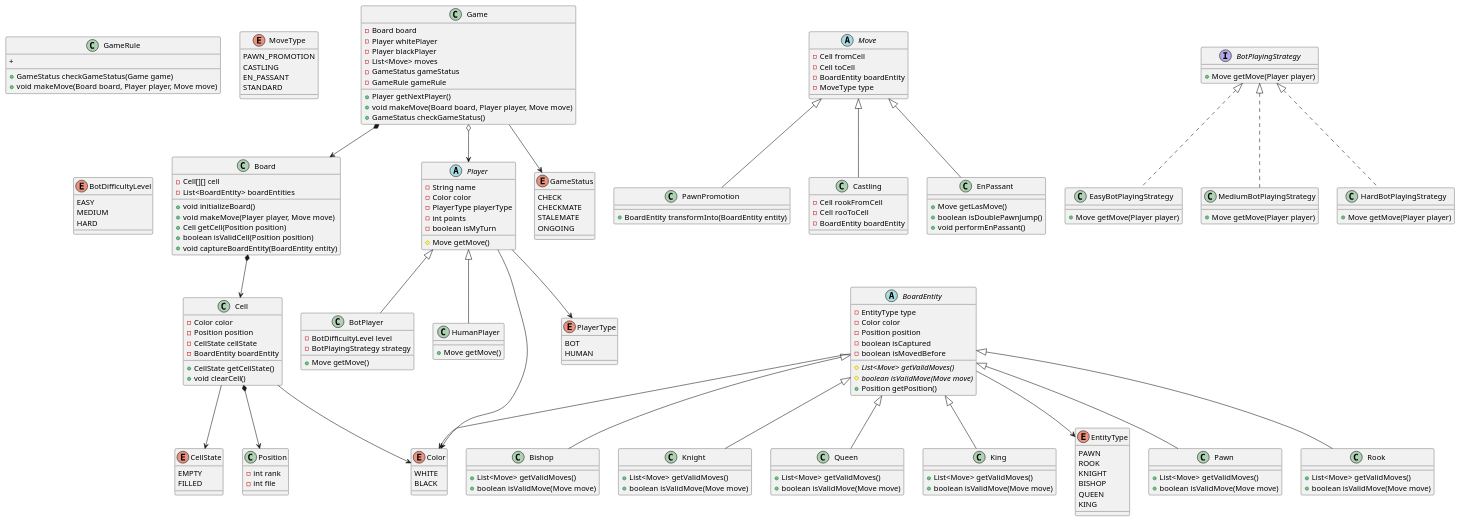
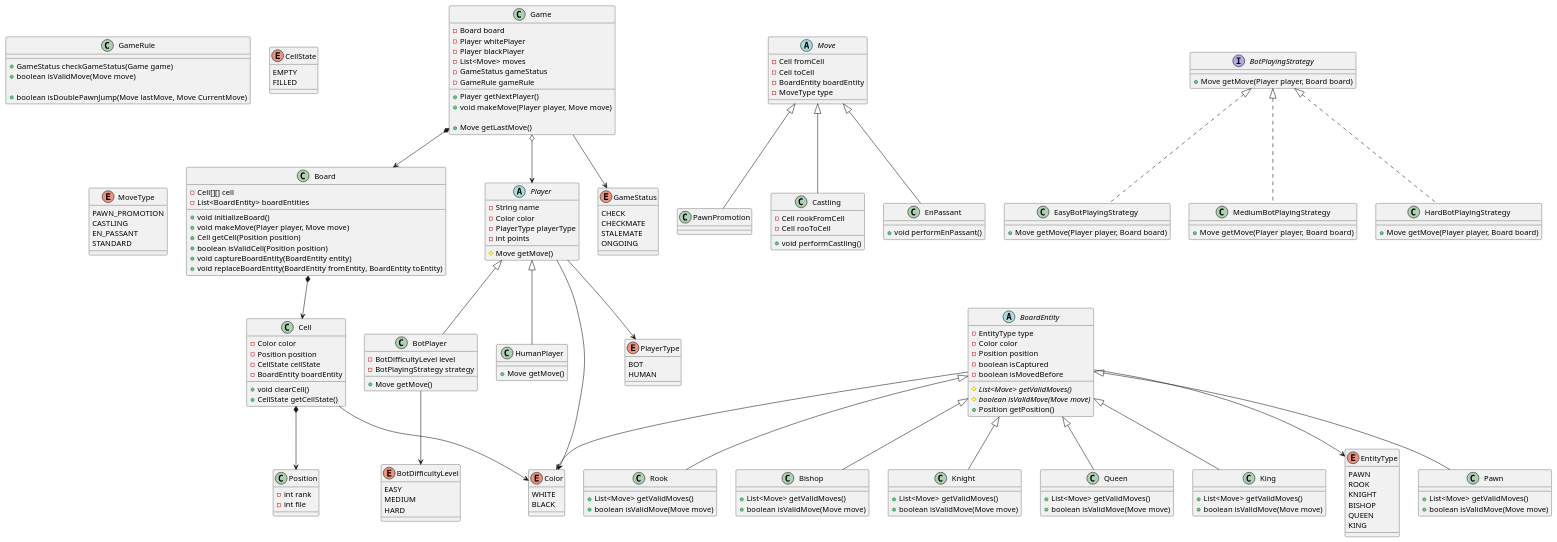
One commit to santhosht7/Chess changed the diagram in src/main/uml/Chess.puml. Above: the diagram before and after it, drawn with PlantUML.

Commit message:
Chess class Diagram updated changes

```diff
--- a/src/main/uml/Chess.puml
+++ b/src/main/uml/Chess.puml
@@ -9,8 +9,9 @@
     - GameRule gameRule
 
     + Player getNextPlayer()
-    + void makeMove(Board board, Player player, Move move)
-    + GameStatus checkGameStatus()
+    + void makeMove(Player player, Move move)
+
+    + Move getLastMove()
 }
 
 Game *--> Board
@@ -19,8 +20,9 @@
 
 class GameRule {
     + GameStatus checkGameStatus(Game game)
-    + void makeMove(Board board, Player player, Move move)
-    +
+    + boolean isValidMove(Move move)
+
+    + boolean isDoublePawnJump(Move lastMove, Move CurrentMove)
 }
 
 enum GameStatus {
@@ -40,6 +42,7 @@
     + Cell getCell(Position position)
     + boolean isValidCell(Position position)
     + void captureBoardEntity(BoardEntity entity)
+    + void replaceBoardEntity(BoardEntity fromEntity, BoardEntity toEntity)
 }
 Board *--> Cell
 
@@ -48,12 +51,11 @@
     - Position position
     - CellState cellState
     - BoardEntity boardEntity
+    + void clearCell()
     + CellState getCellState()
-    + void clearCell()
 }
 Cell --> Color
 Cell *--> Position
-Cell --> CellState
 
 enum CellState {
     EMPTY
@@ -122,7 +124,6 @@
     - Color color
     - PlayerType playerType
     - int points
-    - boolean isMyTurn
 
     # Move getMove()
 }
@@ -141,6 +142,8 @@
     + Move getMove()
 }
 
+BotPlayer --> BotDifficultyLevel
+
 class HumanPlayer extends Player {
     + Move getMove()
 }
@@ -158,18 +161,15 @@
 }
 
 class PawnPromotion extends Move {
-    + BoardEntity transformInto(BoardEntity entity)
 }
 
 class Castling extends Move {
     - Cell rookFromCell
     - Cell rooToCell
-    - BoardEntity boardEntity
+    + void performCastling()
 }
 
 class EnPassant extends Move {
-    + Move getLasMove()
-    + boolean isDoublePawnJump()
     + void performEnPassant()
 }
 
@@ -185,19 +185,19 @@
 }
 
 interface BotPlayingStrategy {
-    + Move getMove(Player player)
+    + Move getMove(Player player, Board board)
 }
 
 class EasyBotPlayingStrategy implements BotPlayingStrategy {
-    + Move getMove(Player player)
+    + Move getMove(Player player, Board board)
 }
 
 class MediumBotPlayingStrategy implements BotPlayingStrategy {
-    + Move getMove(Player player)
+    + Move getMove(Player player,  Board board)
 }
 
 class HardBotPlayingStrategy implements BotPlayingStrategy {
-    + Move getMove(Player player)
+    + Move getMove(Player player, Board board)
 }
 
 @enduml
```
